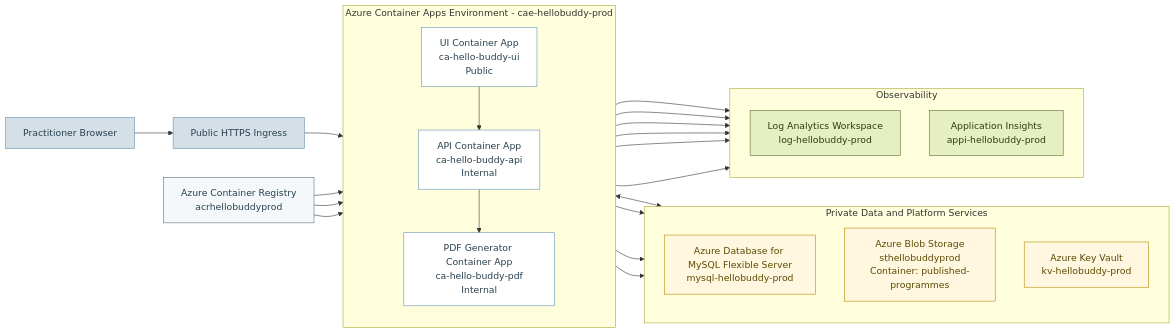
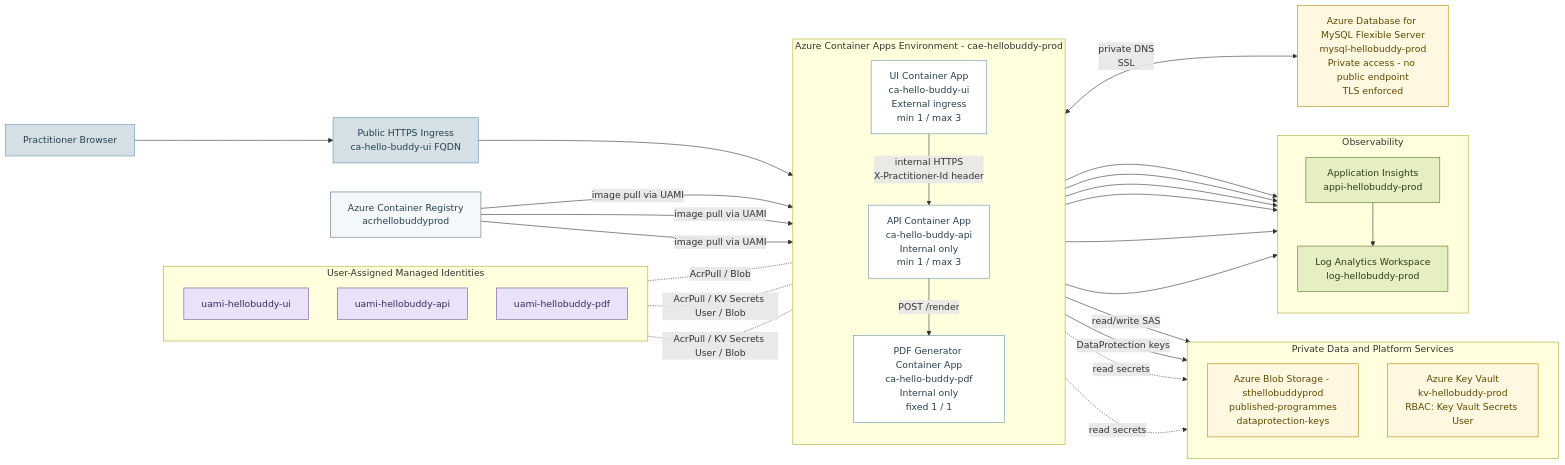
The first of 2 diagrams in MSc Assessment/Azure Production Architecture Diagram.md (nickg990/Hello-Buddy), drawn with Mermaid before and after one commit. The commit also changed other lines of this file and 35 other files, not shown here.

````diff
--- a/MSc Assessment/Azure Production Architecture Diagram.md
+++ b/MSc Assessment/Azure Production Architecture Diagram.md
@@ -7,50 +11,73 @@
 ```mermaid
 flowchart LR
     classDef public fill:#D4E0E5,stroke:#6392AE,stroke-width:1px,color:#28404F
     classDef service fill:#FFFFFF,stroke:#6392AE,stroke-width:1px,color:#28404F
     classDef platform fill:#E6EFC2,stroke:#5A6E2D,stroke-width:1px,color:#2E3B14
     classDef private fill:#FFF7E0,stroke:#B58900,stroke-width:1px,color:#5C4A00
     classDef registry fill:#F4F8FA,stroke:#5A6E7A,stroke-width:1px,color:#28404F
+    classDef identity fill:#EAE2F8,stroke:#6B4FA0,stroke-width:1px,color:#3A2A5C
 
     U[Practitioner Browser]:::public
-    I[Public HTTPS Ingress]:::public
+    I[Public HTTPS Ingress<br/>ca-hello-buddy-ui FQDN]:::public
 
     subgraph APP [Azure Container Apps Environment - cae-hellobuddy-prod]
         direction TB
-        UI[UI Container App\nca-hello-buddy-ui\nPublic]:::service
-        API[API Container App\nca-hello-buddy-api\nInternal]:::service
-        PDF[PDF Generator Container App\nca-hello-buddy-pdf\nInternal]:::service
+        UI[UI Container App<br/>ca-hello-buddy-ui<br/>External ingress<br/>min 1 / max 3]:::service
+        API[API Container App<br/>ca-hello-buddy-api<br/>Internal only<br/>min 1 / max 3]:::service
+        PDF[PDF Generator Container App<br/>ca-hello-buddy-pdf<br/>Internal only<br/>fixed 1 / 1]:::service
+    end
+
+    DB[Azure Database for MySQL Flexible Server<br/>mysql-hellobuddy-prod<br/>Private access - no public endpoint<br/>TLS enforced]:::private
+
+    subgraph IDS [User-Assigned Managed Identities]
+        direction TB
+        MIUI[uami-hellobuddy-ui]:::identity
+        MIAPI[uami-hellobuddy-api]:::identity
+        MIPDF[uami-hellobuddy-pdf]:::identity
     end
 
     subgraph DATA [Private Data and Platform Services]
         direction TB
-        DB[Azure Database for MySQL Flexible Server\nmysql-hellobuddy-prod]:::private
-        BLOB[Azure Blob Storage\nsthellobuddyprod\nContainer: published-programmes]:::private
-        KV[Azure Key Vault\nkv-hellobuddy-prod]:::private
+        BLOB[Azure Blob Storage - sthellobuddyprod<br/>published-programmes<br/>dataprotection-keys]:::private
+        KV[Azure Key Vault<br/>kv-hellobuddy-prod<br/>RBAC: Key Vault Secrets User]:::private
     end
 
     subgraph OBS [Observability]
         direction TB
-        LOG[Log Analytics Workspace\nlog-hellobuddy-prod]:::platform
-        APPI[Application Insights\nappi-hellobuddy-prod]:::platform
+        LOG[Log Analytics Workspace<br/>log-hellobuddy-prod]:::platform
+        APPI[Application Insights<br/>appi-hellobuddy-prod]:::platform
     end
 
-    ACR[Azure Container Registry\nacrhellobuddyprod]:::registry
+    ACR[Azure Container Registry<br/>acrhellobuddyprod]:::registry
 
+    %% Request path
     U --> I --> UI
-    UI --> API
-    API --> PDF
-    API <--> DB
-    API --> BLOB
-    API --> KV
-    PDF --> KV
+    UI -->|internal HTTPS<br/>X-Practitioner-Id header| API
+    API -->|POST /render| PDF
+
+    %% Data + secrets
+    API <-->|private DNS<br/>SSL| DB
+    API -->|read/write SAS| BLOB
+    UI -->|DataProtection keys| BLOB
+    API -.->|read secrets| KV
+    PDF -.->|read secrets| KV
+
+    %% Managed identity auth
+    MIUI -. AcrPull / Blob .- UI
+    MIAPI -. AcrPull / KV Secrets User / Blob .- API
+    MIPDF -. AcrPull / KV Secrets User / Blob .- PDF
+
+    %% Image pulls
+    ACR -->|image pull via UAMI| UI
+    ACR -->|image pull via UAMI| API
+    ACR -->|image pull via UAMI| PDF
+
+    %% Telemetry
+    UI --> APPI
+    API --> APPI
+    PDF --> APPI
+    APPI --> LOG
     UI --> LOG
     API --> LOG
     PDF --> LOG
-    UI --> APPI
-    API --> APPI
-    PDF --> APPI
-    ACR --> UI
-    ACR --> API
-    ACR --> PDF
 ```
````
